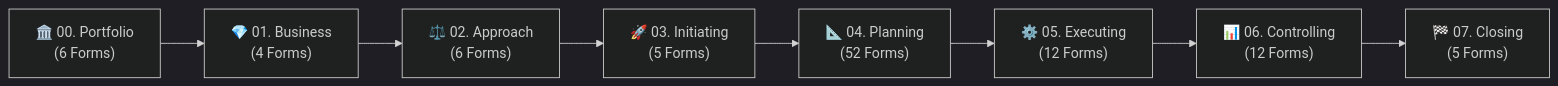
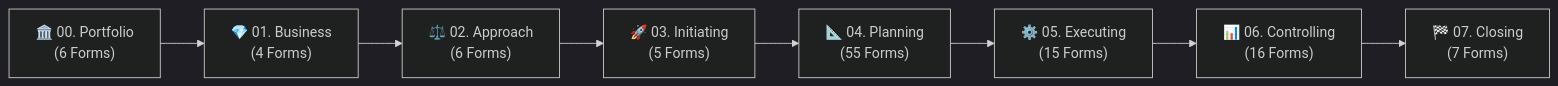
One commit to fakhruldeen/Tasleemat changed the first of 2 diagrams in README.md. Above: the diagram before and after it, drawn with Mermaid (dark theme). The commit also changed other lines of this file and 48 other files, not shown here.

````diff
--- a/README.md
+++ b/README.md
@@ -105,10 +105,10 @@
 ```mermaid
 flowchart LR
     P0["🏛️ 00. Portfolio<br/>(6 Forms)"] --> P1["💎 01. Business<br/>(4 Forms)"]
     P1 --> P2["⚖️ 02. Approach<br/>(6 Forms)"]
     P2 --> P3["🚀 03. Initiating<br/>(5 Forms)"]
-    P3 --> P4["📐 04. Planning<br/>(52 Forms)"]
-    P4 --> P5["⚙️ 05. Executing<br/>(12 Forms)"]
-    P5 --> P6["📊 06. Controlling<br/>(12 Forms)"]
-    P6 --> P7["🏁 07. Closing<br/>(5 Forms)"]
+    P3 --> P4["📐 04. Planning<br/>(55 Forms)"]
+    P4 --> P5["⚙️ 05. Executing<br/>(15 Forms)"]
+    P5 --> P6["📊 06. Controlling<br/>(16 Forms)"]
+    P6 --> P7["🏁 07. Closing<br/>(7 Forms)"]
 ```
````
